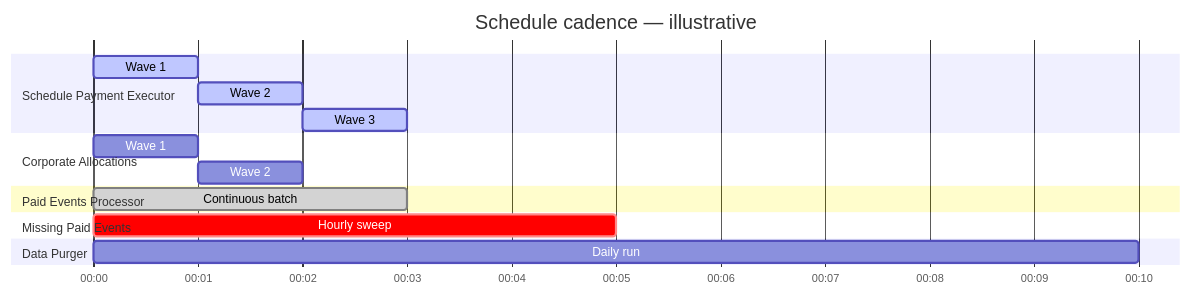
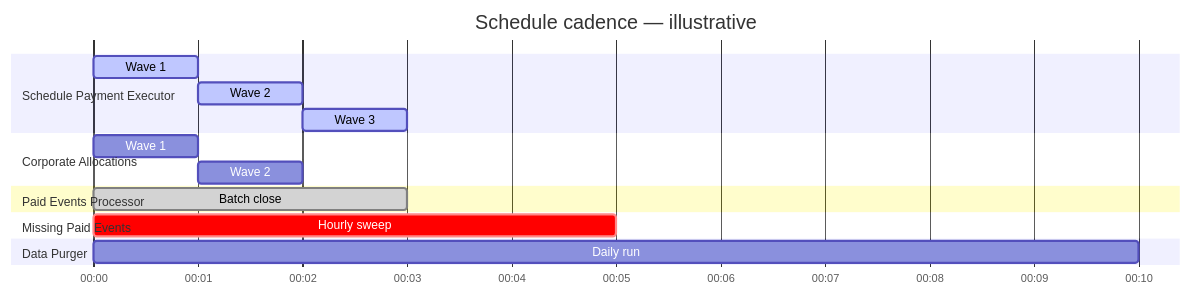
Before and after one commit to arunav-bhattacharya/billpay-docs: the first of 2 diagrams in docs/design/journeys/schedulers.md, drawn with Mermaid. The commit also changed 2 other files, not shown here.

Commit message:
Update Gantt chart styles and text colors for improved readability

````diff
--- a/docs/design/journeys/schedulers.md
+++ b/docs/design/journeys/schedulers.md
@@ -26,24 +26,24 @@
 ```mermaid
 gantt
   title Schedule cadence — illustrative
   dateFormat  HH:mm
   axisFormat  %H:%M
 
   section Schedule Payment Executor
   Wave 1 :active, a1, 00:00, 1m
   Wave 2 :active, a2, 00:01, 1m
   Wave 3 :active, a3, 00:02, 1m
 
   section Corporate Allocations
   Wave 1 :b1, 00:00, 1m
   Wave 2 :b2, 00:01, 1m
 
   section Paid Events Processor
-  Continuous batch :done, c1, 00:00, 3m
+  Batch close :done, c1, 00:00, 3m
 
   section Missing Paid Events
   Hourly sweep :crit, d1, 00:00, 5m
 
   section Data Purger
   Daily run :e1, 00:00, 10m
 ```
````
